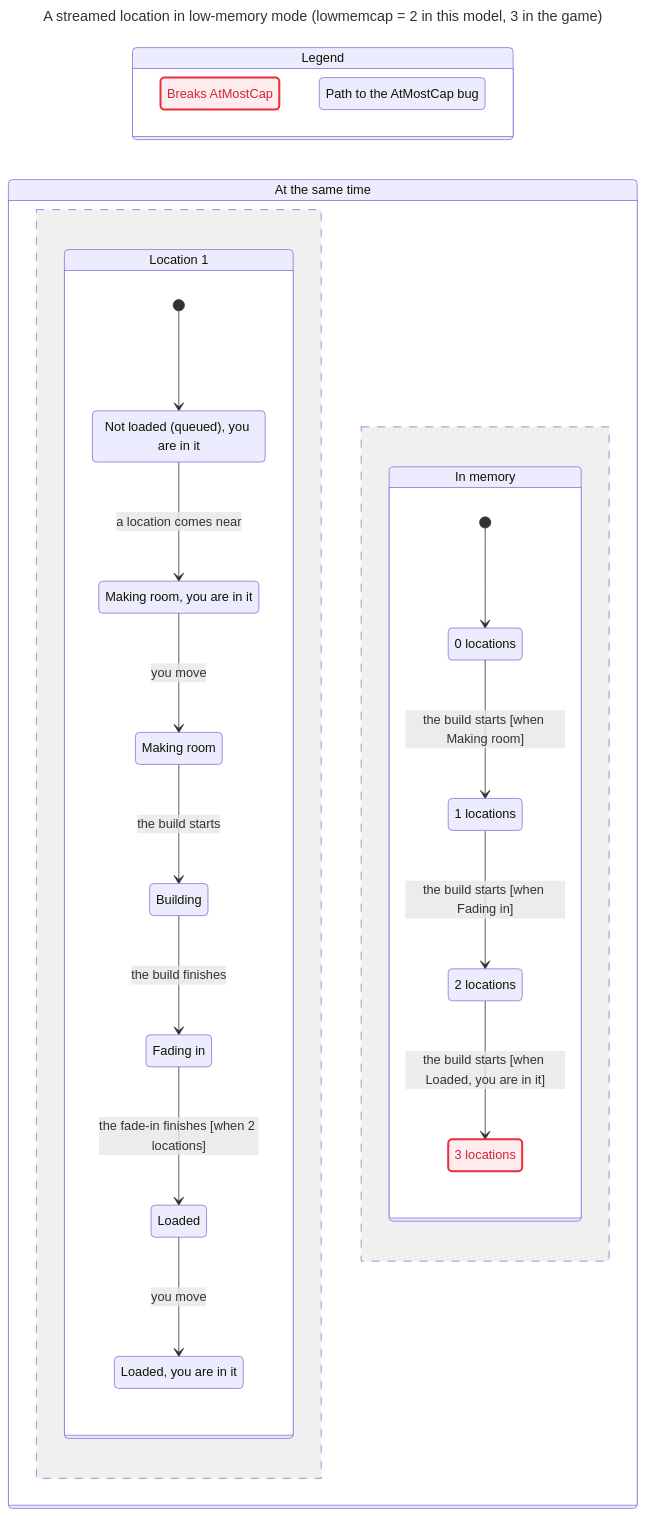
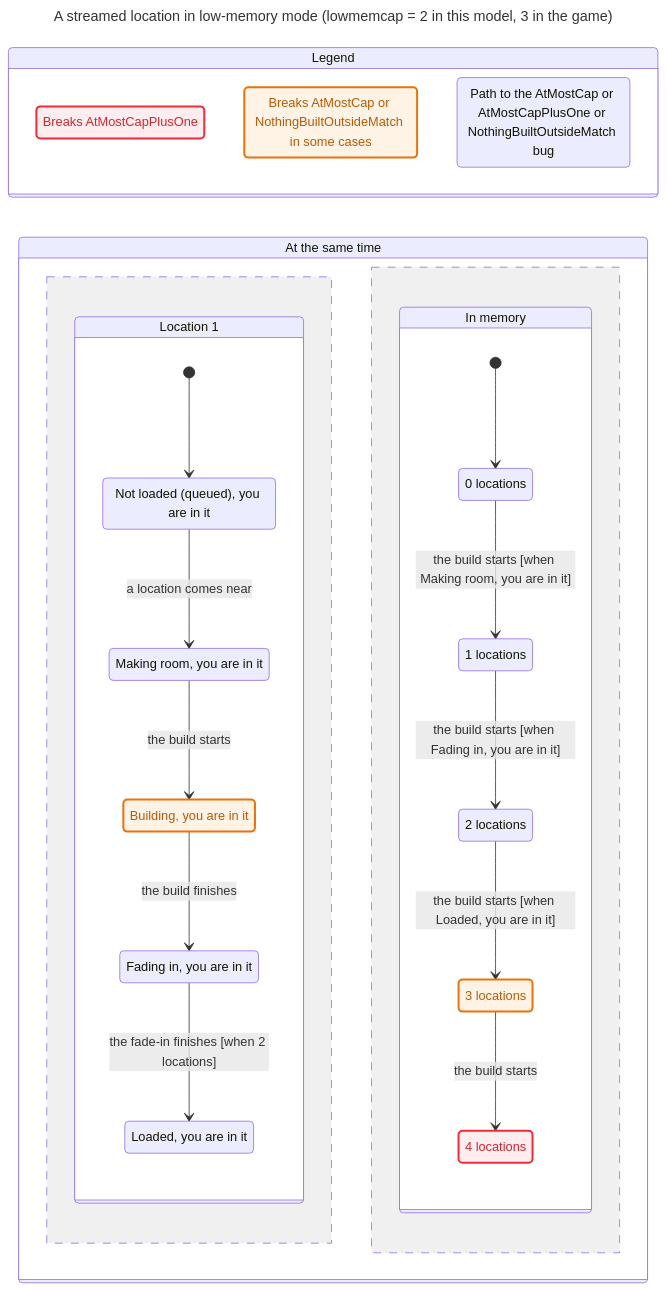
One commit to RayFernando1337/kongroyale changed the second of 2 diagrams in docs/statecharts/poi-residency.md. Above: the diagram before and after it, drawn with Mermaid. The commit also changed other lines of this file and 6 other files, not shown here.

````diff
--- a/docs/statecharts/poi-residency.md
+++ b/docs/statecharts/poi-residency.md
@@ -39,55 +40,57 @@
 ```mermaid
 ---
 title: "A streamed location in low-memory mode (lowmemcap = 2 in this model, 3 in the game)"
 ---
 stateDiagram-v2
   direction LR
   state "Legend" as legend {
-    lg0: Breaks AtMostCap
-    lg1: Path to the AtMostCap bug
+    lg0: Breaks AtMostCapPlusOne
+    lg1: Breaks AtMostCap or NothingBuiltOutsideMatch in some cases
+    lg2: Path to the AtMostCap or AtMostCapPlusOne or NothingBuiltOutsideMatch bug
   }
   class lg0 breaks
-  class lg1 bugPath
+  class lg1 mayBreak
+  class lg2 bugPath
   state "At the same time" as all {
     state "Location 1" as r0 {
       s0: Not loaded (queued), you are in it
       s1: Making room, you are in it
-      s2: Making room
-      s3: Building
-      s4: Fading in
-      s5: Loaded
-      s6: Loaded, you are in it
+      s2: Building, you are in it
+      s3: Fading in, you are in it
+      s4: Loaded, you are in it
       [*] --> s0
       s0 --> s1: a location comes near
-      s1 --> s2: you move
-      s2 --> s3: the build starts
-      s3 --> s4: the build finishes
-      s4 --> s5: the fade-in finishes [when 2 locations]
-      s5 --> s6: you move
+      s1 --> s2: the build starts
+      s2 --> s3: the build finishes
+      s3 --> s4: the fade-in finishes [when 2 locations]
     }
     --
     state "In memory" as r1 {
-      s7: 0 locations
-      s8: 1 locations
-      s9: 2 locations
-      s10: 3 locations
-      [*] --> s7
-      s7 --> s8: the build starts [when Making room]
-      s8 --> s9: the build starts [when Fading in]
-      s9 --> s10: the build starts [when Loaded, you are in it]
+      s5: 0 locations
+      s6: 1 locations
+      s7: 2 locations
+      s8: 3 locations
+      s9: 4 locations
+      [*] --> s5
+      s5 --> s6: the build starts [when Making room, you are in it]
+      s6 --> s7: the build starts [when Fading in, you are in it]
+      s7 --> s8: the build starts [when Loaded, you are in it]
+      s8 --> s9: the build starts
     }
   }
   classDef breaks fill:#ffecee,stroke:#e72e3b,stroke-width:2.5px,color:#cd2834
+  classDef mayBreak fill:#fff3e6,stroke:#e8730c,stroke-width:2.5px,color:#b85a06
   class s0 bugPath
   class s1 bugPath
+  class s2 mayBreak
   class s2 bugPath
   class s3 bugPath
   class s4 bugPath
   class s5 bugPath
   class s6 bugPath
   class s7 bugPath
+  class s8 mayBreak
   class s8 bugPath
+  class s9 breaks
   class s9 bugPath
-  class s10 breaks
-  class s10 bugPath
 ```
````
